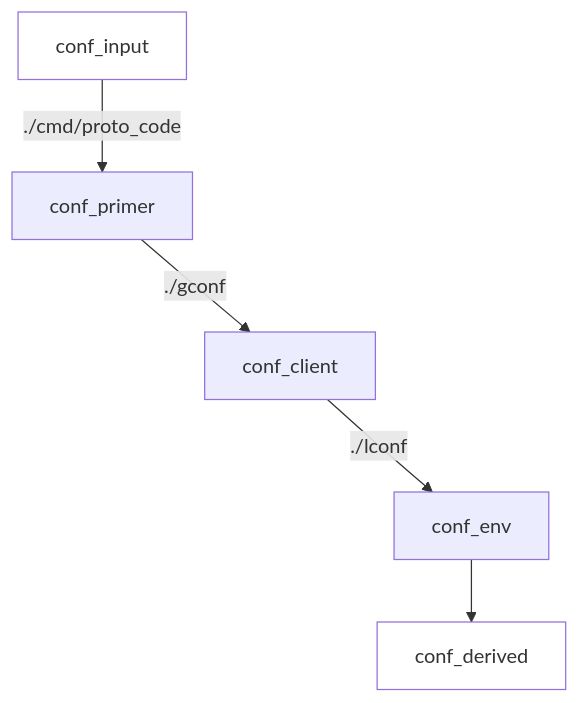
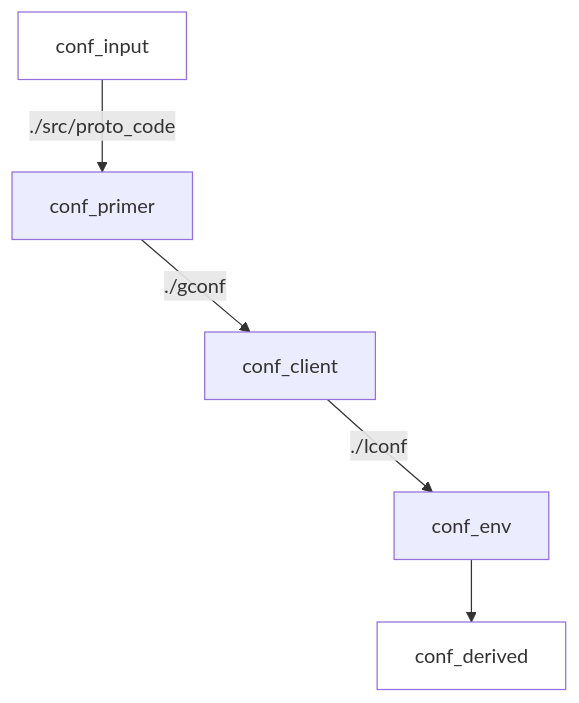
Before and after one commit to uvsmtid/protoprimer: the diagram in doc/feature_topic/FT_89_41_35_82.conf_leap.md, drawn with Mermaid. The commit also changed other lines of this file and 44 other files, not shown here.

Commit message:
Move: `./cmd/proto_code/` -> `./src/proto_code/` (#128)

````diff
--- a/doc/feature_topic/FT_89_41_35_82.conf_leap.md
+++ b/doc/feature_topic/FT_89_41_35_82.conf_leap.md
@@ -26,43 +26,43 @@
 ```mermaid
 graph TD;
     conf_input["`conf_input`"]
     conf_primer["`conf_primer`"];
     conf_client["`conf_client`"];
     conf_env["`conf_env`"];
     conf_derived["`conf_derived`"]
 
-    conf_input -- "`./cmd/proto_code`" --> conf_primer;
+    conf_input -- "`./src/proto_code`" --> conf_primer;
     conf_primer -- "`./gconf`" --> conf_client;
     conf_client -- "`./lconf`" --> conf_env;
     conf_env --> conf_derived;
 
     invis_L1_S2[ ];
     invis_L1_S3[ ];
 
     invis_L2_S1[ ];
     invis_L2_S3[ ];
 
     invis_L3_S1[ ];
     invis_L3_S2[ ];
 
     conf_primer ~~~ invis_L1_S2;
     invis_L1_S2 ~~~ invis_L1_S3;
 
     invis_L2_S1 ~~~ conf_client;
     conf_client ~~~ invis_L2_S3;
 
     invis_L3_S1 ~~~ invis_L3_S2;
     invis_L3_S2 ~~~ conf_env;
 
     style conf_input fill:none;
     style conf_derived fill:none;
 
     style invis_L1_S2 fill:none,stroke:none;
     style invis_L1_S3 fill:none,stroke:none;
 
     style invis_L2_S1 fill:none,stroke:none;
     style invis_L2_S3 fill:none,stroke:none;
 
     style invis_L3_S1 fill:none,stroke:none;
     style invis_L3_S2 fill:none,stroke:none;
 ```
````
